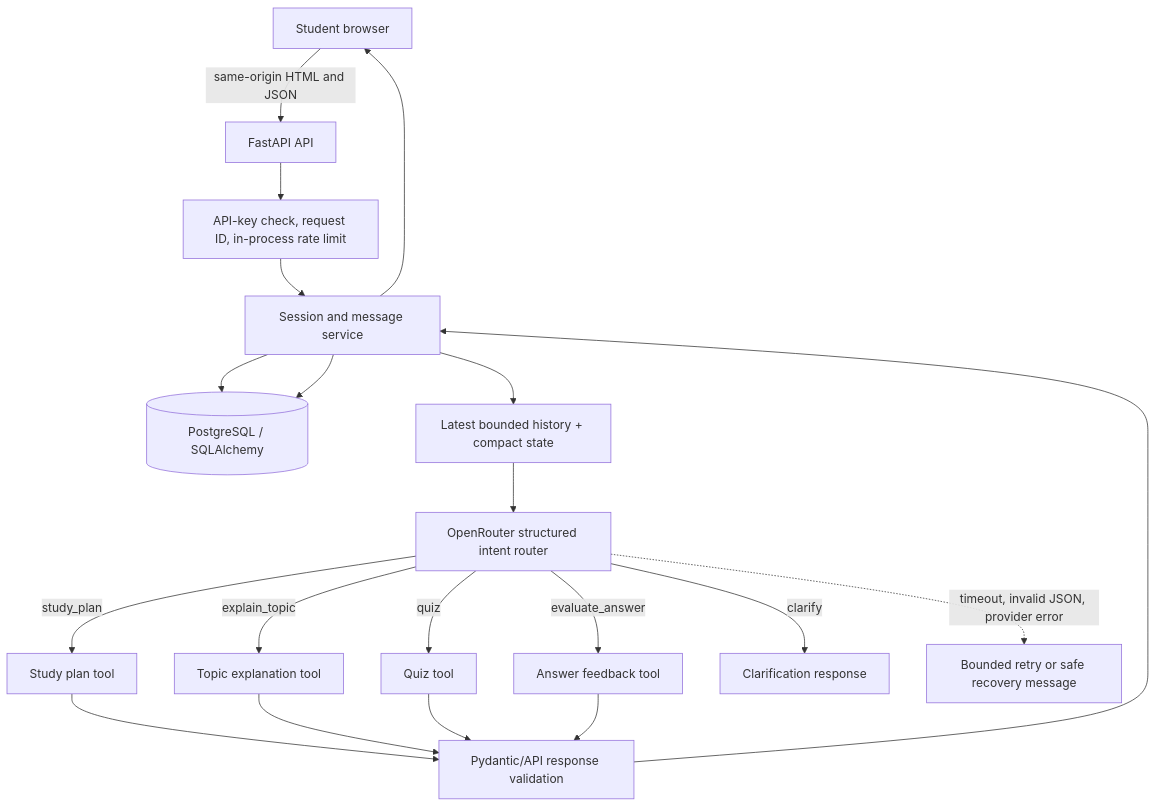
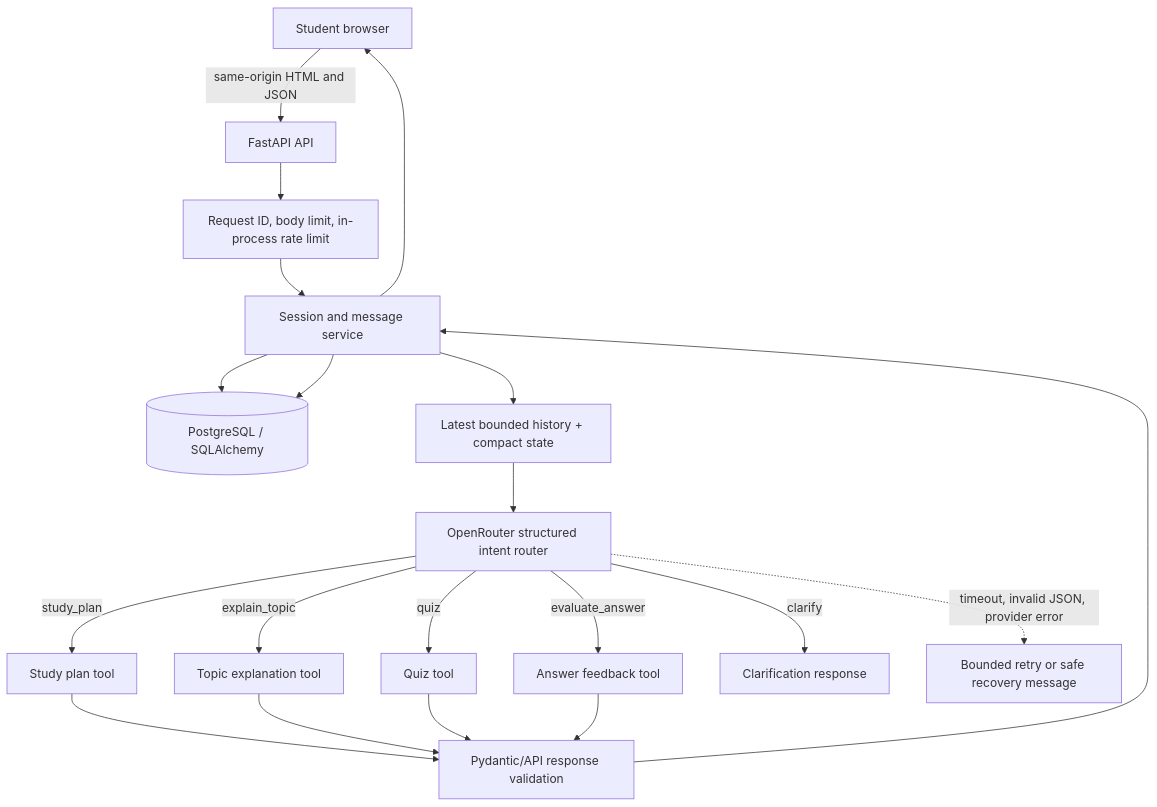
One commit to sagnik3788/AL-assignment changed the diagram in studywise/docs/architecture.md. Above: the diagram before and after it, drawn with Mermaid. The commit also changed other lines of this file and 10 other files, not shown here.

````diff
--- a/studywise/docs/architecture.md
+++ b/studywise/docs/architecture.md
@@ -3,22 +3,22 @@
 ```mermaid
 flowchart TD
   Student[Student browser] -->|same-origin HTML and JSON| API[FastAPI API]
-  API --> Auth[API-key check, request ID, in-process rate limit]
-  Auth --> Session[Session and message service]
+  API --> Guard[Request ID, body limit, in-process rate limit]
+  Guard --> Session[Session and message service]
   Session --> DB[(PostgreSQL / SQLAlchemy)]
   Session --> Context[Latest bounded history + compact state]
   Context --> Router[OpenRouter structured intent router]
   Router -->|study_plan| Plan[Study plan tool]
   Router -->|explain_topic| Explain[Topic explanation tool]
   Router -->|quiz| Quiz[Quiz tool]
   Router -->|evaluate_answer| Feedback[Answer feedback tool]
   Router -->|clarify| Ask[Clarification response]
   Plan --> Validate[Pydantic/API response validation]
   Explain --> Validate
   Quiz --> Validate
   Feedback --> Validate
   Validate --> Session
   Session --> DB
   Session --> Student
   Router -. timeout, invalid JSON, provider error .-> Recovery[Bounded retry or safe recovery message]
 ```
````
